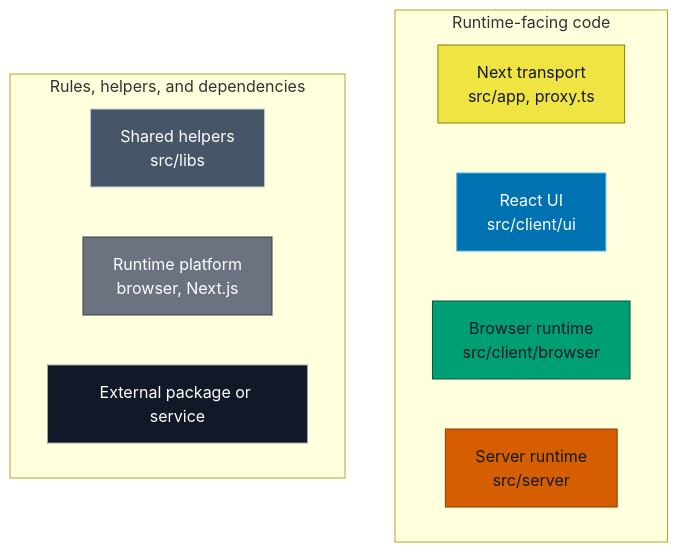
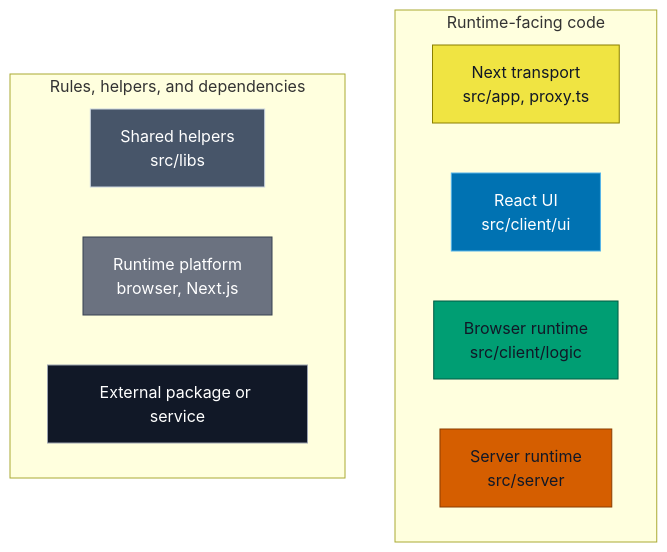
Before and after one commit to pubky/pubky-passport: the first of 14 diagrams in FLOWS.md, drawn with Mermaid. The commit also changed other lines of this file and 51 other files, not shown here.

````diff
--- a/FLOWS.md
+++ b/FLOWS.md
@@ -8,27 +8,27 @@
 ```mermaid
 flowchart TB
     accTitle: Runtime location color legend
     accDescr: Colorblind-safe legend for Next transport, React UI, browser runtime, server runtime, shared libraries, runtime platforms, and external systems.
     subgraph runtime[Runtime-facing code]
         direction LR
         transport["Next transport<br/>src/app, proxy.ts"]:::transport
         ui["React UI<br/>src/client/ui"]:::ui
-        browser["Browser runtime<br/>src/client/browser"]:::browser
+        browser["Browser runtime<br/>src/client/logic"]:::browser
         server["Server runtime<br/>src/server"]:::server
     end
 
     subgraph supporting[Rules, helpers, and dependencies]
         direction LR
         libs["Shared helpers<br/>src/libs"]:::libs
         platform["Runtime platform<br/>browser, Next.js"]:::platform
         external["External package or service"]:::external
     end
 
     classDef transport fill:#F0E442,stroke:#8A7F00,color:#111827;
     classDef ui fill:#0072B2,stroke:#56B4E9,color:#fff;
     classDef browser fill:#009E73,stroke:#005A45,color:#111827;
     classDef server fill:#D55E00,stroke:#8A3C00,color:#111827;
     classDef libs fill:#475569,stroke:#cbd5e1,color:#fff;
     classDef platform fill:#6B7280,stroke:#374151,color:#fff;
     classDef external fill:#111827,stroke:#9ca3af,color:#fff;
 ```
````
